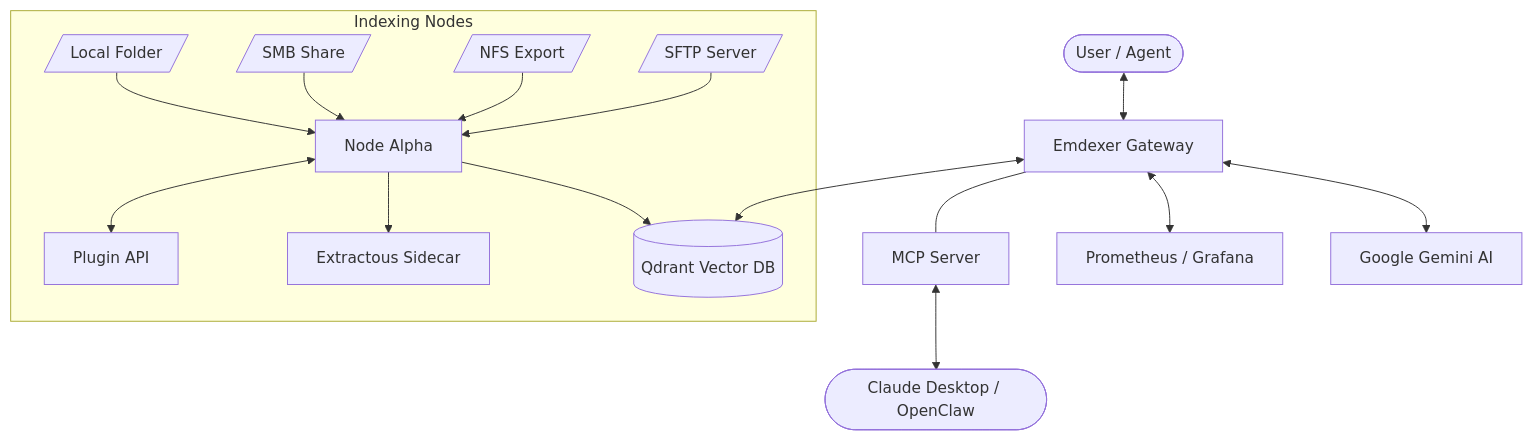
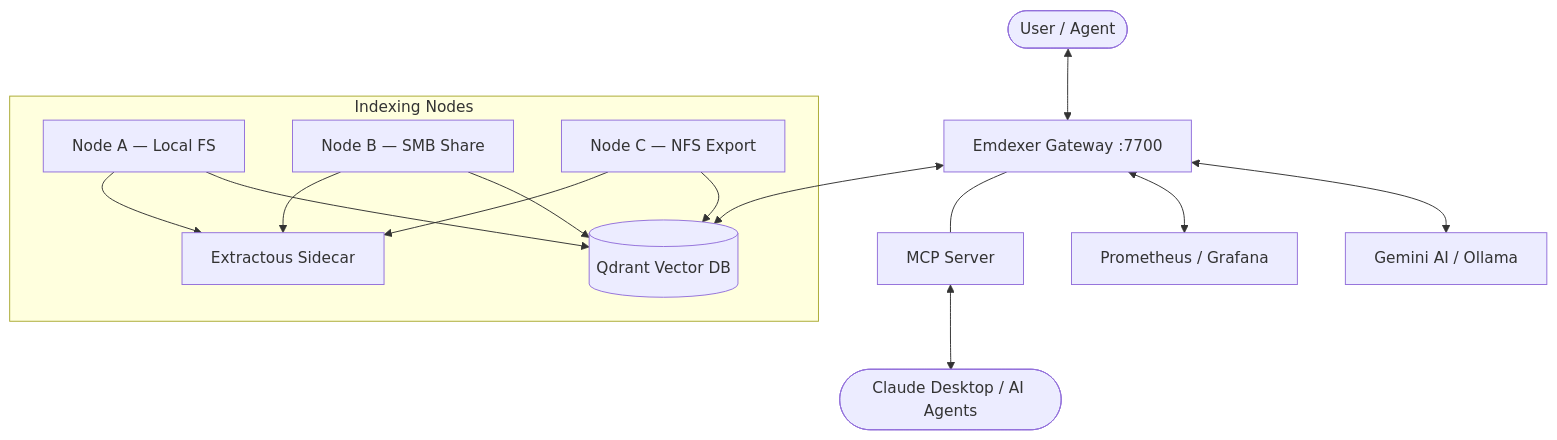
The diagram in README.md (piotrlaczykowski/emdexer), drawn with Mermaid before and after one commit. The commit also changed other lines of this file and 9 other files, not shown here.

````diff
--- a/README.md
+++ b/README.md
@@ -47,21 +47,17 @@
 ```mermaid
 graph TD
-    User([User / Agent]) <--> Gateway[Emdexer Gateway]
+    User([User / Agent]) <--> Gateway[Emdexer Gateway :7700]
     Gateway <--> Qdrant[(Qdrant Vector DB)]
-    Gateway <--> Gemini[Google Gemini AI]
+    Gateway <--> Gemini[Gemini AI / Ollama]
     Gateway <--> Metrics[Prometheus / Grafana]
-    
+
     subgraph "Indexing Nodes"
-        NodeA[Node Alpha] --> Qdrant
-        NodeA --> ExtractousA[Extractous Sidecar]
-        NodeA <--> Plugins[Plugin API]
-        
-        Local[/Local Folder/] --> NodeA
-        SMB[/SMB Share/] --> NodeA
-        NFS[/NFS Export/] --> NodeA
-        SFTP[/SFTP Server/] --> NodeA
+        NodeA[Node A — Local FS] --> Qdrant
+        NodeB[Node B — SMB Share] --> Qdrant
+        NodeC[Node C — NFS Export] --> Qdrant
+        NodeA & NodeB & NodeC --> Extractous[Extractous Sidecar]
     end
-    
+
     Gateway --- MCP[MCP Server]
-    MCP <--> Claude([Claude Desktop / OpenClaw])
+    MCP <--> Claude([Claude Desktop / AI Agents])
 ```
````
